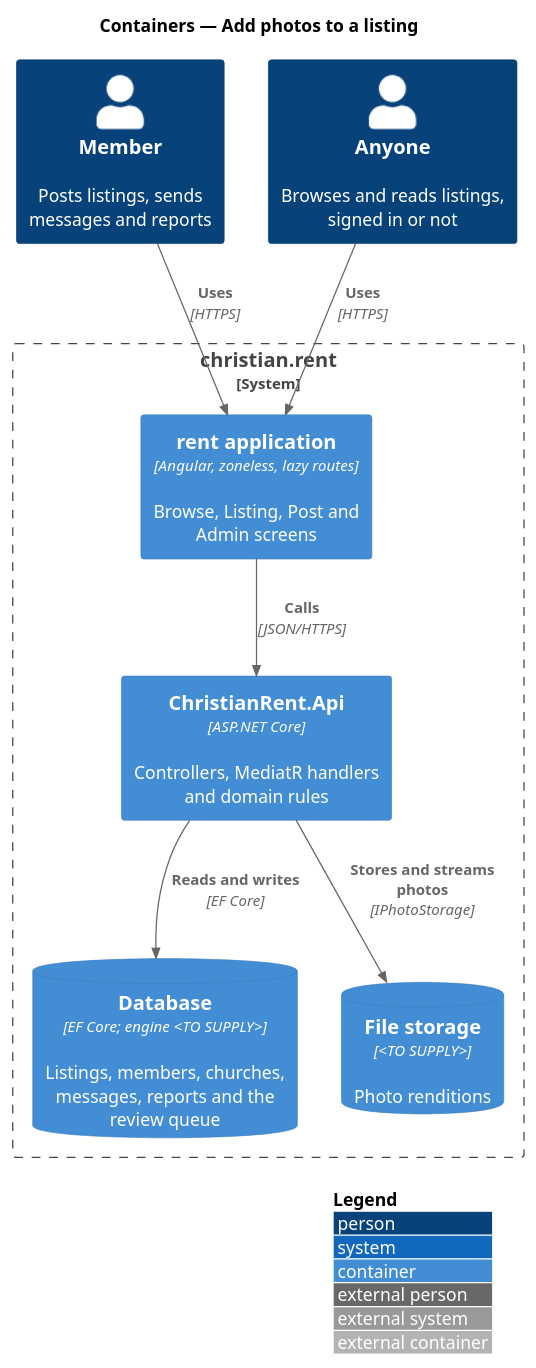
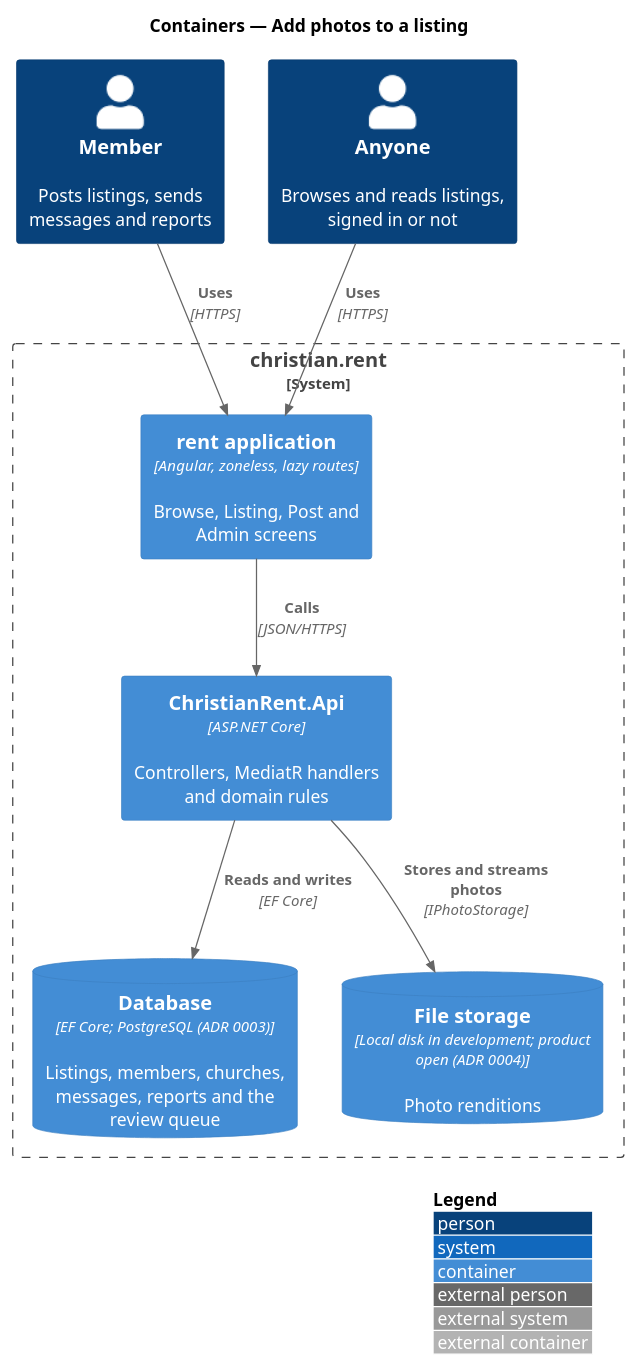
Before and after one commit to QuinntyneBrown/christian-rent: the diagram in docs/detailed-designs/post/add-photos/diagrams/c4-container.puml, drawn with PlantUML. The commit also changed 33 other files, not shown here.

First line of the commit message:
Decide uploading photos' open points: ADR 0021, the requirements, the photo-failed mock and the add-photos design

```diff
--- a/docs/detailed-designs/post/add-photos/diagrams/c4-container.puml
+++ b/docs/detailed-designs/post/add-photos/diagrams/c4-container.puml
@@ -1,19 +1,19 @@
 @startuml
 !include <C4/C4_Container>
 LAYOUT_WITH_LEGEND()
 title Containers — Add photos to a listing
 
 Person(member, "Member", "Posts listings, sends messages and reports")
 Person(anyone, "Anyone", "Browses and reads listings, signed in or not")
 System_Boundary(cr, "christian.rent") {
   Container(spa, "rent application", "Angular, zoneless, lazy routes", "Browse, Listing, Post and Admin screens")
   Container(api, "ChristianRent.Api", "ASP.NET Core", "Controllers, MediatR handlers and domain rules")
-  ContainerDb(db, "Database", "EF Core; engine <TO SUPPLY>", "Listings, members, churches, messages, reports and the review queue")
-  ContainerDb(files, "File storage", "<TO SUPPLY>", "Photo renditions")
+  ContainerDb(db, "Database", "EF Core; PostgreSQL (ADR 0003)", "Listings, members, churches, messages, reports and the review queue")
+  ContainerDb(files, "File storage", "Local disk in development; product open (ADR 0004)", "Photo renditions")
 }
 Rel(member, spa, "Uses", "HTTPS")
 Rel(anyone, spa, "Uses", "HTTPS")
 Rel(spa, api, "Calls", "JSON/HTTPS")
 Rel(api, db, "Reads and writes", "EF Core")
 Rel(api, files, "Stores and streams photos", "IPhotoStorage")
 @enduml
```
